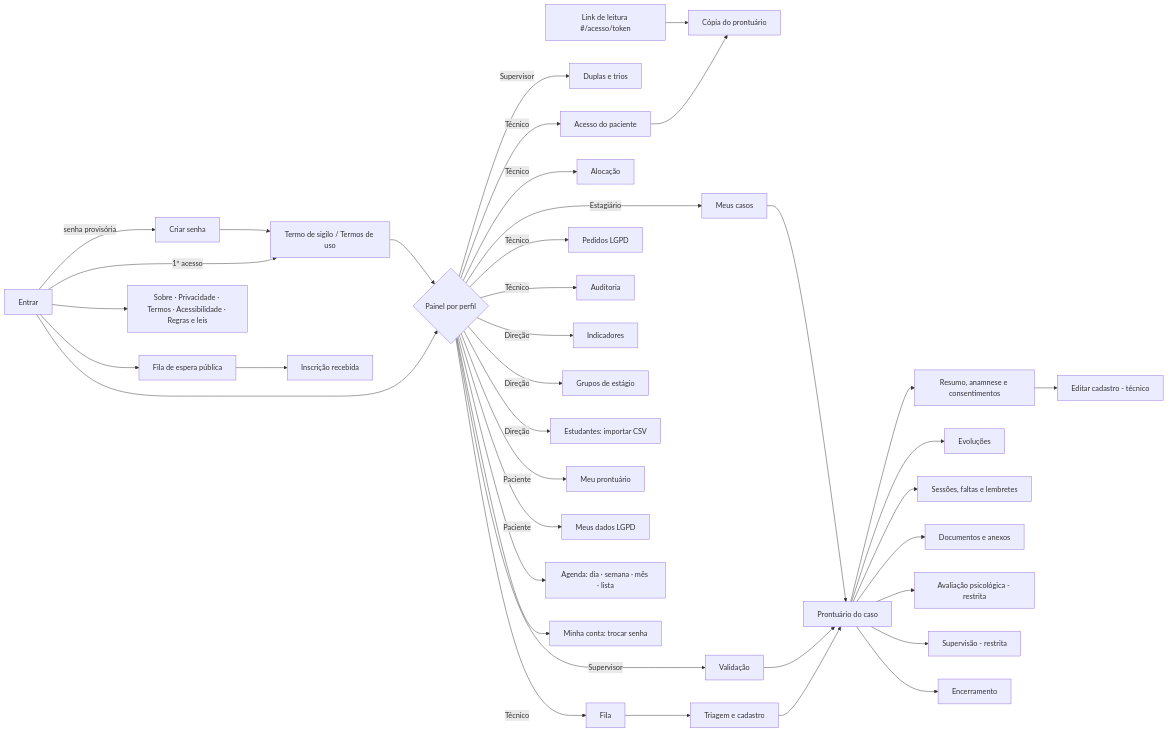
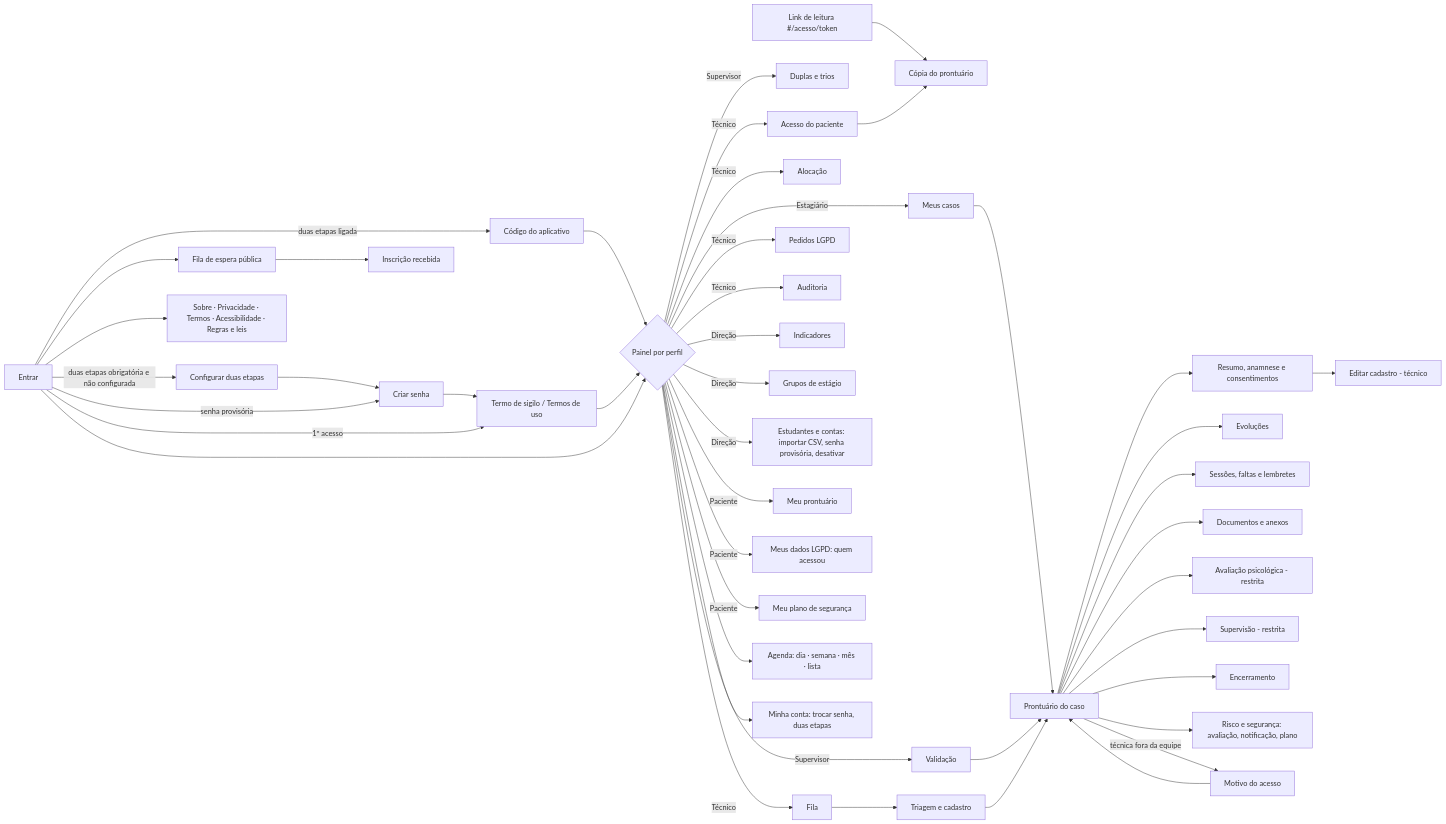
One commit to isaacjesusjj/prontuario-eletronico changed the second of 3 diagrams in docs/diagramas.md. Above: the diagram before and after it, drawn with Mermaid. The commit also changed other lines of this file and 7 other files, not shown here.

First line of the commit message:
Documentação: README, CLAUDE.md, diagramas, LGPD, banco e roteiro em dia

````diff
--- a/docs/diagramas.md
+++ b/docs/diagramas.md
@@ -240,34 +289,39 @@
 ```mermaid
 flowchart LR
-    E[Entrar] -->|senha provisória| TS[Criar senha] --> TM
+    E[Entrar] -->|duas etapas ligada| CD[Código do aplicativo] --> P
+    E -->|duas etapas obrigatória e não configurada| CM[Configurar duas etapas] --> TS
+    E -->|senha provisória| TS[Criar senha] --> TM
     E -->|1º acesso| TM[Termo de sigilo / Termos de uso] --> P
     E --> P{Painel por perfil}
     E --> FI[Fila de espera pública] --> FO[Inscrição recebida]
     E --> L[Sobre · Privacidade · Termos · Acessibilidade · Regras e leis]
     LK[Link de leitura #/acesso/token] --> CP[Cópia do prontuário]
 
     P -->|Estagiário| C[Meus casos] --> CA[Prontuário do caso]
     P -->|Supervisor| V[Validação] --> CA
     P -->|Supervisor| D[Duplas e trios]
     P -->|Técnico| F[Fila] --> T[Triagem e cadastro] --> CA
     P -->|Técnico| AL[Alocação]
     P -->|Técnico| AP[Acesso do paciente] --> CP
     P -->|Técnico| LG[Pedidos LGPD]
     P -->|Técnico| AU[Auditoria]
     P -->|Direção| IN[Indicadores]
     P -->|Direção| GE[Grupos de estágio]
-    P -->|Direção| ES[Estudantes: importar CSV]
+    P -->|Direção| ES[Estudantes e contas: importar CSV, senha provisória, desativar]
     P -->|Paciente| MP[Meu prontuário]
-    P -->|Paciente| MD[Meus dados LGPD]
+    P -->|Paciente| MD[Meus dados LGPD: quem acessou]
+    P -->|Paciente| PS[Meu plano de segurança]
     P --> AG[Agenda: dia · semana · mês · lista]
-    P --> MC[Minha conta: trocar senha]
+    P --> MC[Minha conta: trocar senha, duas etapas]
 
     CA --> R1[Resumo, anamnese e consentimentos]
     CA --> R2[Evoluções]
     CA --> R3[Sessões, faltas e lembretes]
     CA --> R4[Documentos e anexos]
     CA --> R5[Avaliação psicológica - restrita]
     CA --> R6[Supervisão - restrita]
     CA --> R7[Encerramento]
+    CA --> R8[Risco e segurança: avaliação, notificação, plano]
+    CA -->|técnica fora da equipe| JM[Motivo do acesso] --> CA
     R1 --> EC[Editar cadastro - técnico]
 ```
````
